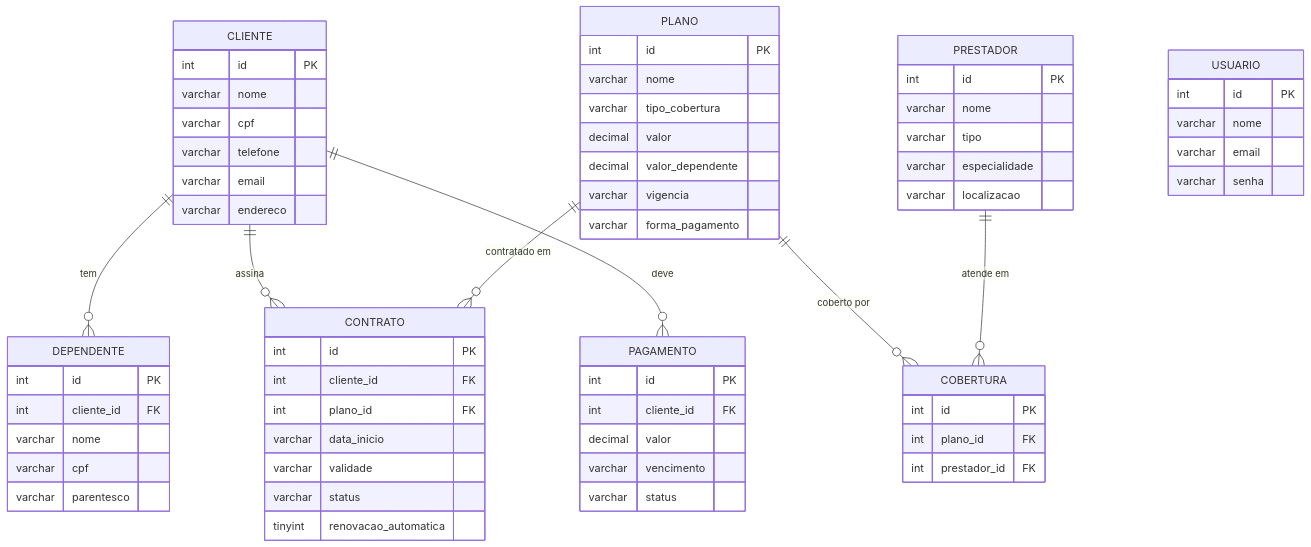
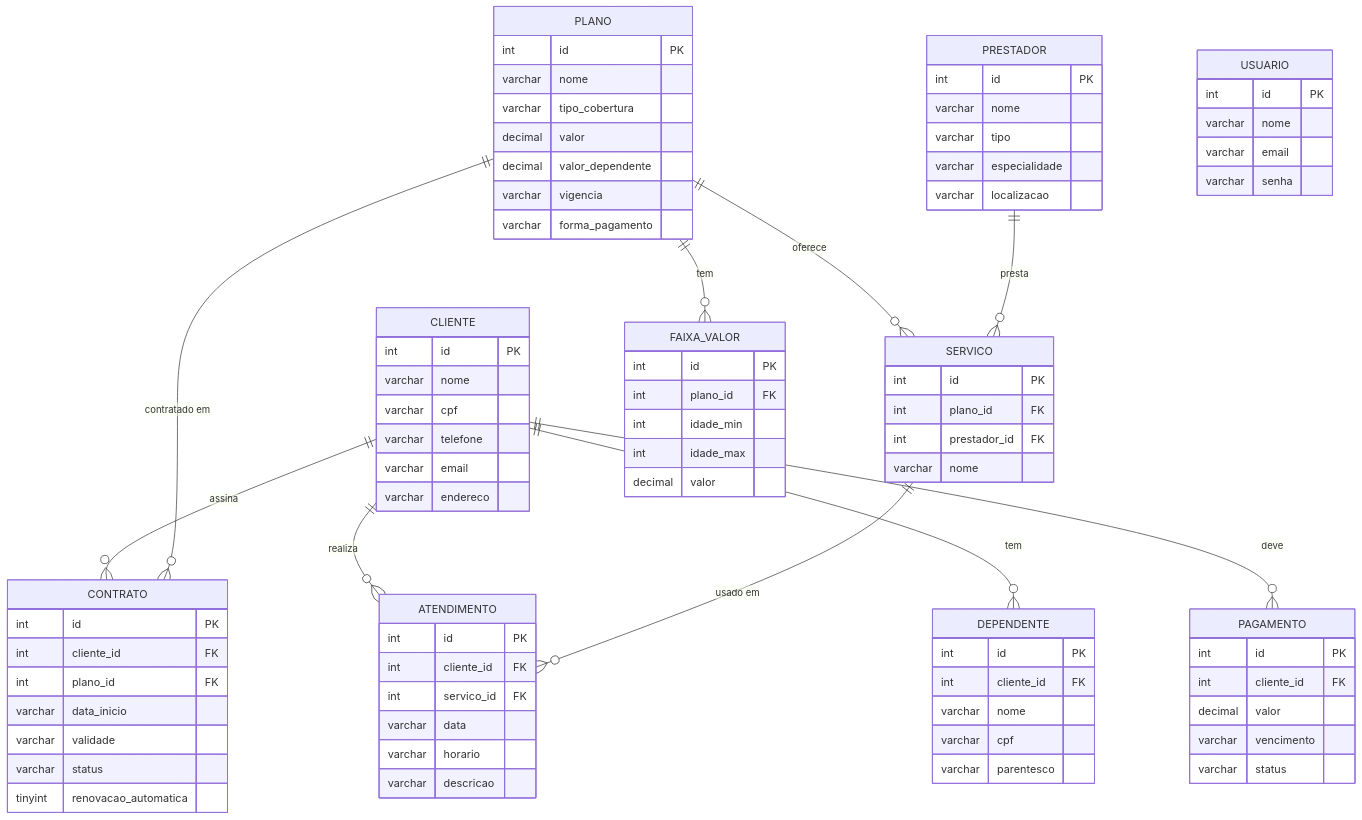
The diagram in database/der.md (tarcisiobm/gestao-planos-saude), drawn with Mermaid before and after one commit. The commit also changed other lines of this file and 38 other files, not shown here.

```diff
--- a/database/der.md
+++ b/database/der.md
@@ -14,9 +16,12 @@
     CLIENTE ||--o{ DEPENDENTE : "tem"
     CLIENTE ||--o{ CONTRATO : "assina"
     CLIENTE ||--o{ PAGAMENTO : "deve"
+    CLIENTE ||--o{ ATENDIMENTO : "realiza"
     PLANO ||--o{ CONTRATO : "contratado em"
-    PLANO ||--o{ COBERTURA : "coberto por"
-    PRESTADOR ||--o{ COBERTURA : "atende em"
+    PLANO ||--o{ SERVICO : "oferece"
+    PLANO ||--o{ FAIXA_VALOR : "tem"
+    PRESTADOR ||--o{ SERVICO : "presta"
+    SERVICO ||--o{ ATENDIMENTO : "usado em"
 
     CLIENTE {
         int id PK
@@ -65,10 +70,26 @@
         varchar vencimento
         varchar status
     }
-    COBERTURA {
+    SERVICO {
         int id PK
         int plano_id FK
         int prestador_id FK
+        varchar nome
+    }
+    FAIXA_VALOR {
+        int id PK
+        int plano_id FK
+        int idade_min
+        int idade_max
+        decimal valor
+    }
+    ATENDIMENTO {
+        int id PK
+        int cliente_id FK
+        int servico_id FK
+        varchar data
+        varchar horario
+        varchar descricao
     }
     USUARIO {
         int id PK
```
